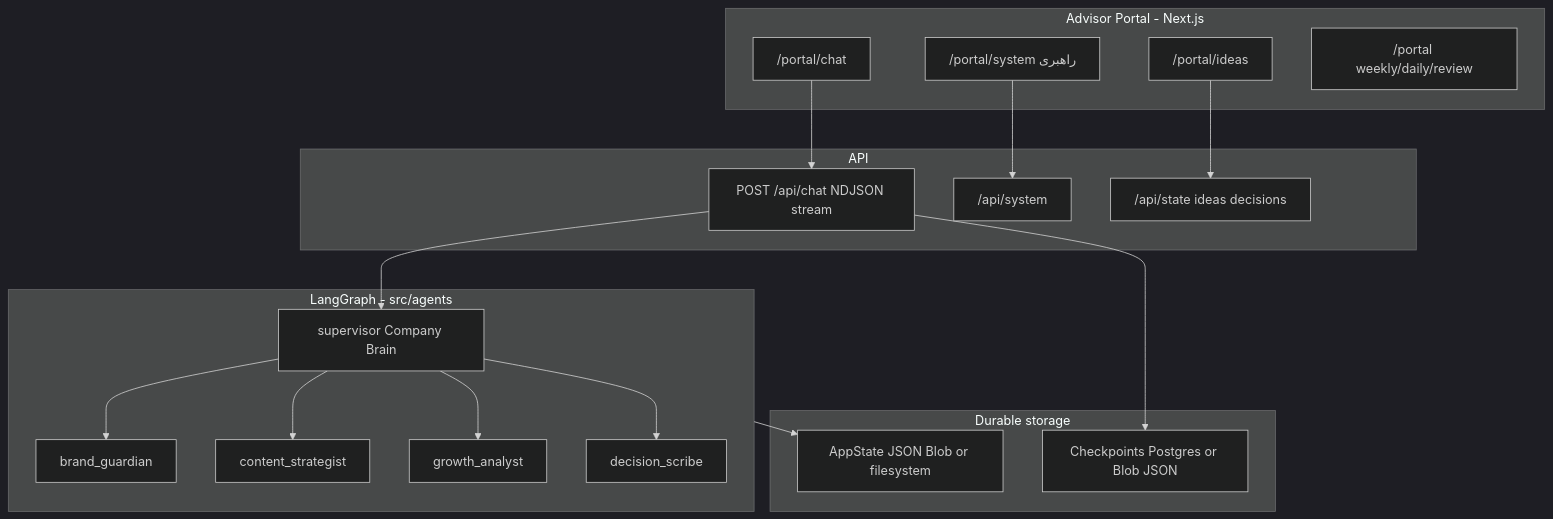
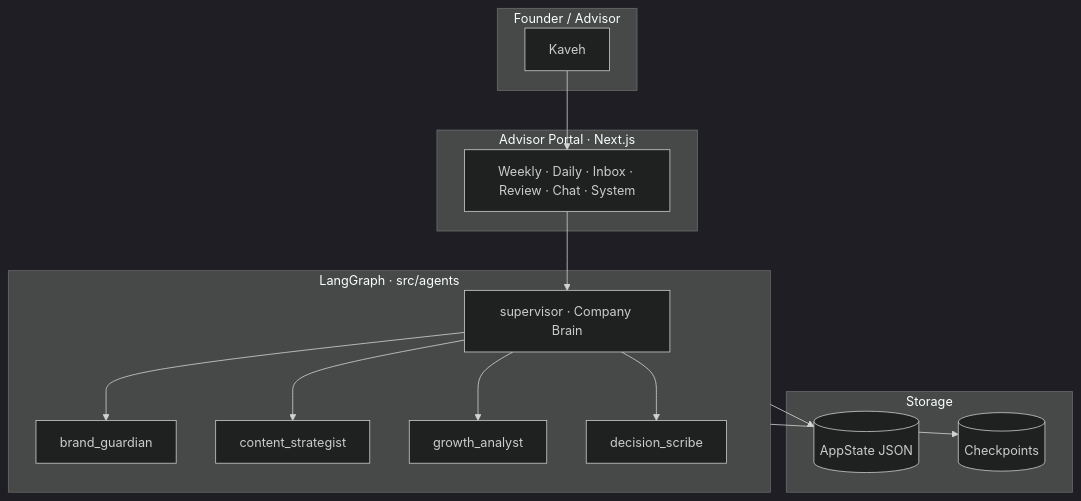
Before and after one commit to kvmmn/_berlinxkw: the diagram in README.md, drawn with Mermaid (dark theme). The commit also changed other lines of this file and 3 other files, not shown here.

First line of the commit message:
docs: rewrite README and add architecture, workflows, portal guides

````diff
--- a/README.md
+++ b/README.md
@@ -16,39 +26,28 @@
 ```mermaid
 flowchart TB
-  subgraph portal [Advisor Portal - Next.js]
-    Chat["/portal/chat"]
-    Ideas["/portal/ideas"]
-    System["/portal/system راهبری"]
-    Weekly["/portal weekly/daily/review"]
+  subgraph human [Founder / Advisor]
+    K[Kaveh]
   end
 
-  subgraph api [API]
-    ChatAPI["POST /api/chat NDJSON stream"]
-    SystemAPI["/api/system"]
-    StateAPI["/api/state ideas decisions"]
+  subgraph portal [Advisor Portal · Next.js]
+    UI[Weekly · Daily · Inbox · Review · Chat · System]
   end
 
-  subgraph agents [LangGraph - src/agents]
-    Sup[supervisor Company Brain]
-    BG[brand_guardian]
-    CS[content_strategist]
-    GA[growth_analyst]
-    DS[decision_scribe]
-    Sup --> BG
-    Sup --> CS
-    Sup --> GA
-    Sup --> DS
+  subgraph brain [LangGraph · src/agents]
+    S[supervisor · Company Brain]
+    S --> BG[brand_guardian]
+    S --> CS[content_strategist]
+    S --> GA[growth_analyst]
+    S --> DS[decision_scribe]
   end
 
-  subgraph persist [Durable storage]
-    AppState["AppState JSON Blob or filesystem"]
-    CP["Checkpoints Postgres or Blob JSON"]
+  subgraph data [Storage]
+    AS[(AppState JSON)]
+    CP[(Checkpoints)]
   end
 
-  Chat --> ChatAPI
-  System --> SystemAPI
-  Ideas --> StateAPI
-  ChatAPI --> Sup
-  agents --> AppState
-  ChatAPI --> CP
+  K --> UI
+  UI --> S
+  brain --> AS
+  brain --> CP
 ```
````
